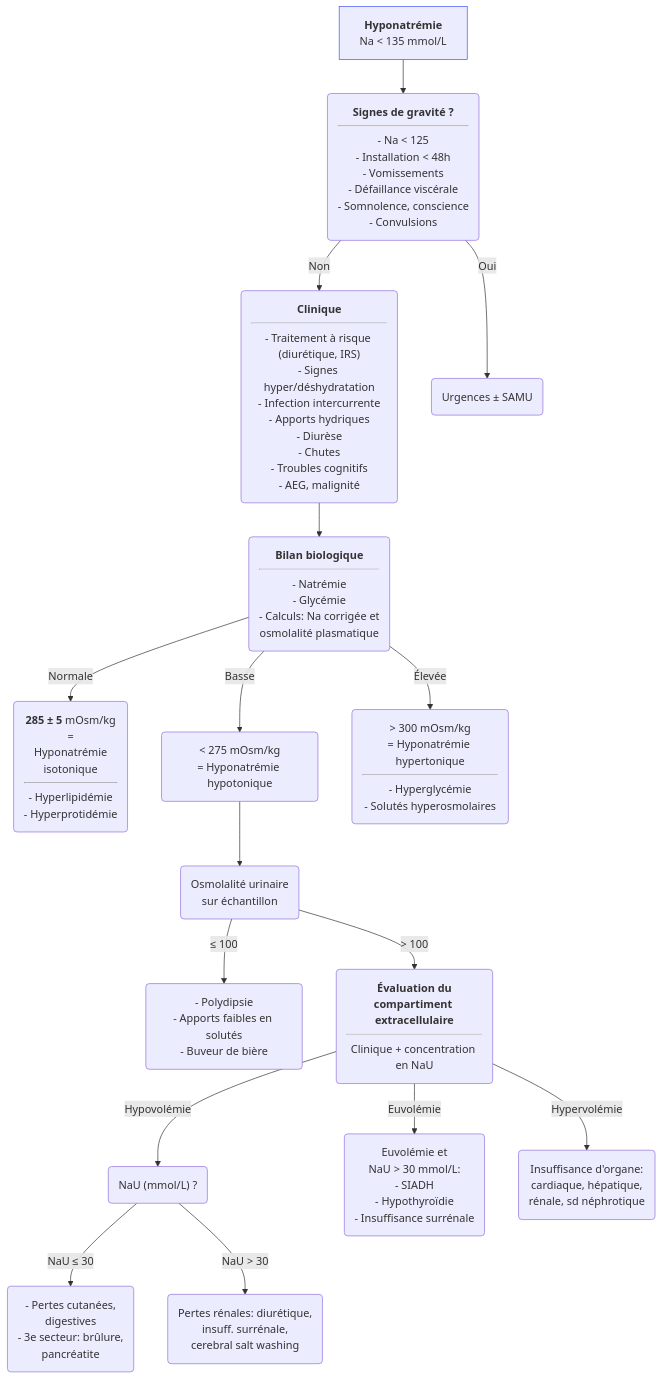
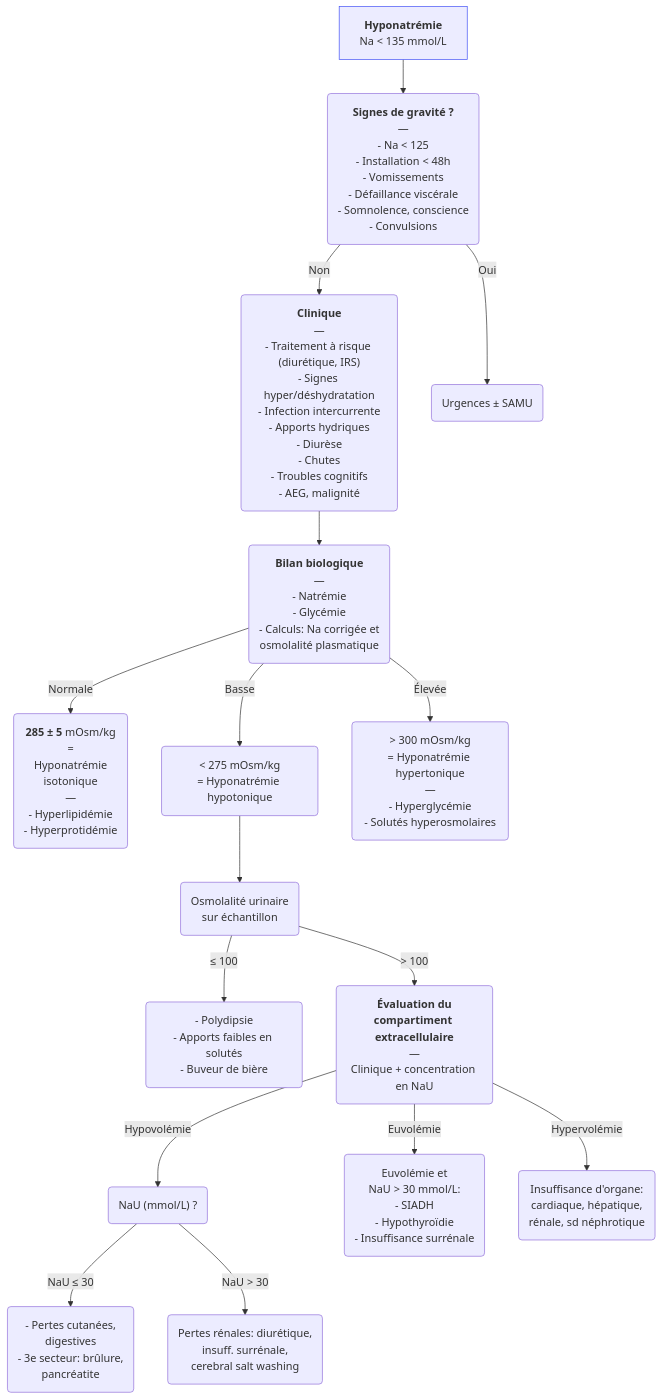
The diagram in content/recommandations/hyponatremie.md (djibe/recommandations-medicales), drawn with Mermaid before and after one commit. The commit also changed other lines of this file and 4 other files, not shown here.

```diff
--- a/content/recommandations/hyponatremie.md
+++ b/content/recommandations/hyponatremie.md
@@ -203,15 +203,15 @@
 {{< mermaid title="Conduite à tenir pour la prise en charge d'une hyponatrémie. Dr JB Fron d'après CUEN 2023, Jacob 2019 et ERBP 2014" >}}
 graph TB
-hyponatrémie["<b>Hyponatrémie</b><br>Na &lt; 135 mmol/L"] --> gravité("<b>Signes de gravité ?</b><hr>- Na &lt; 125<br>- Installation &lt; 48h<br>- Vomissements<br>- Défaillance viscérale<br>- Somnolence, conscience<br>- Convulsions")
+hyponatrémie["<b>Hyponatrémie</b><br>Na &lt; 135 mmol/L"] --> gravité("<b>Signes de gravité ?</b><br>—<br>- Na &lt; 125<br>- Installation &lt; 48h<br>- Vomissements<br>- Défaillance viscérale<br>- Somnolence, conscience<br>- Convulsions")
 style hyponatrémie stroke:#4150f5, stroke-width:1px
-gravité -- Non --> clinique("<b>Clinique</b><hr>- Traitement à risque (diurétique, IRS)<br>- Signes hyper/déshydratation<br>- Infection intercurrente<br>- Apports hydriques<br>- Diurèse<br>- Chutes<br>- Troubles cognitifs<br>- AEG, malignité") --> bilan("<b>Bilan biologique</b><hr>- Natrémie<br>- Glycémie<br>- Calculs: Na corrigée et<br>osmolalité plasmatique")
-    bilan -- Normale --> normale("<b>285 ± 5</b> mOsm/kg<br>=<br>Hyponatrémie<br>isotonique<hr>- Hyperlipidémie<br>- Hyperprotidémie")
+gravité -- Non --> clinique("<b>Clinique</b><br>—<br>- Traitement à risque (diurétique, IRS)<br>- Signes hyper/déshydratation<br>- Infection intercurrente<br>- Apports hydriques<br>- Diurèse<br>- Chutes<br>- Troubles cognitifs<br>- AEG, malignité") --> bilan("<b>Bilan biologique</b><br>—<br>- Natrémie<br>- Glycémie<br>- Calculs: Na corrigée et<br>osmolalité plasmatique")
+    bilan -- Normale --> normale("<b>285 ± 5</b> mOsm/kg<br>=<br>Hyponatrémie<br>isotonique<br>—<br>- Hyperlipidémie<br>- Hyperprotidémie")
     bilan -- Basse --> basse("&lt; 275 mOsm/kg<br>= Hyponatrémie hypotonique") --> osmU(Osmolalité urinaire<br>sur échantillon) -- "≤ 100" --> NaUbasse("- Polydipsie<br>- Apports faibles en solutés<br>- Buveur de bière")
-      osmU -- "&gt; 100" --> extracellulaire("<b>Évaluation du<br>compartiment extracellulaire</b><hr>Clinique + concentration en NaU")
+      osmU -- "&gt; 100" --> extracellulaire("<b>Évaluation du<br>compartiment extracellulaire</b><br>—<br>Clinique + concentration en NaU")
        extracellulaire -- Hypovolémie --> hypovolémie("NaU (mmol/L) ?") -- "NaU ≤ 30" --> pertes("- Pertes cutanées,<br>digestives<br>- 3e secteur: brûlure,<br>pancréatite")
         hypovolémie -- "NaU &gt; 30" --> rénal("Pertes rénales: diurétique,<br>insuff. surrénale,<br>cerebral salt washing")
       extracellulaire -- Euvolémie --> euvolémie("Euvolémie et<br>NaU &gt; 30 mmol/L:<br>- SIADH<br>- Hypothyroïdie<br>- Insuffisance surrénale")
       extracellulaire -- Hypervolémie --> hypervolémie("Insuffisance d'organe:<br>cardiaque, hépatique,<br>rénale, sd néphrotique")
-    bilan -- Élevée --> élevée("&gt; 300 mOsm/kg<br>= Hyponatrémie hypertonique<hr>- Hyperglycémie<br>- Solutés hyperosmolaires")
+    bilan -- Élevée --> élevée("&gt; 300 mOsm/kg<br>= Hyponatrémie hypertonique<br>—<br>- Hyperglycémie<br>- Solutés hyperosmolaires")
   gravité -- Oui --> urgence("Urgences ± SAMU")
 {{< /mermaid >}}
```
